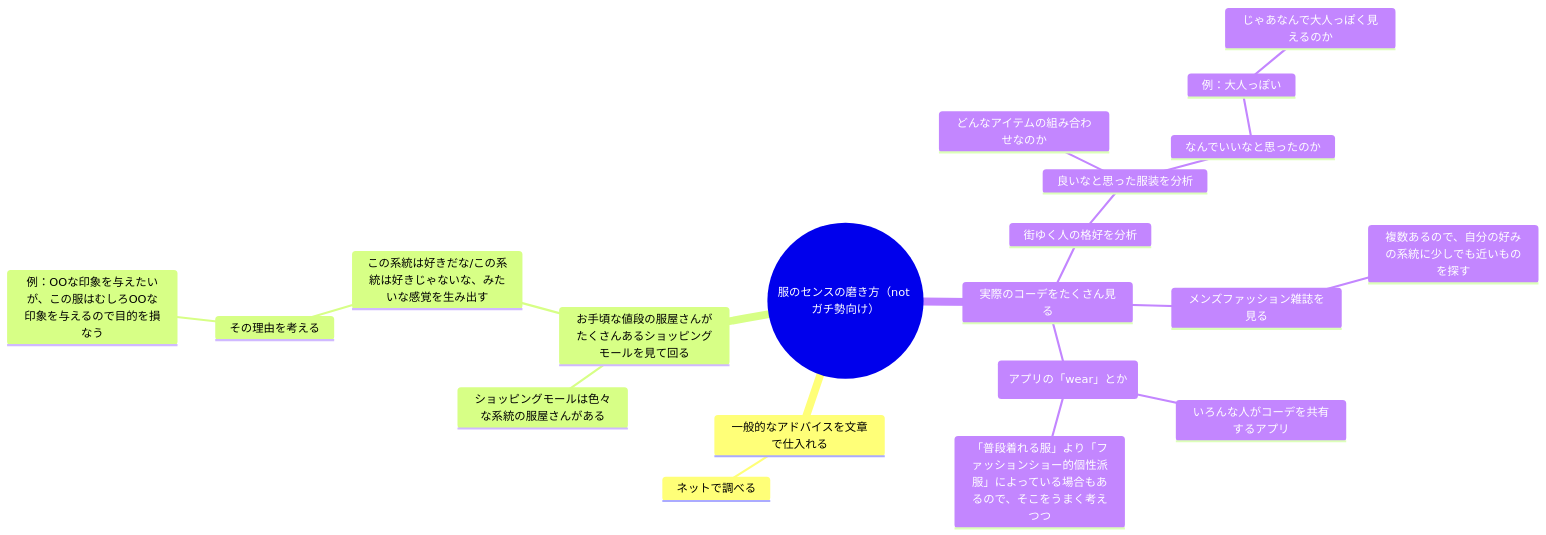
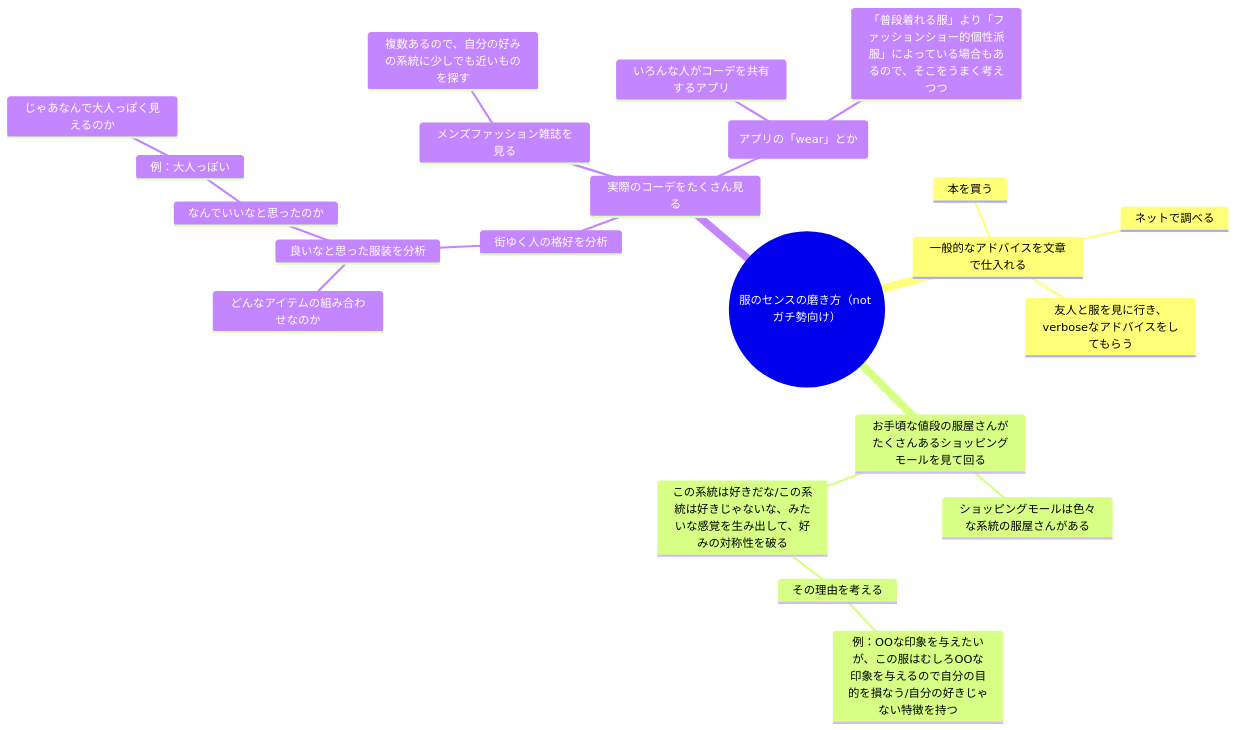
The first of 4 diagrams in README.md (yuchiki/mens_fashion_advice), drawn with Mermaid before and after one commit.

Commit message:
意義面を加筆

````diff
--- a/README.md
+++ b/README.md
@@ -11,22 +11,24 @@
 ```mermaid
     mindmap((服のセンスの磨き方（not ガチ勢向け）))
         一般的なアドバイスを文章で仕入れる
             ネットで調べる
+            本を買う
+            友人と服を見に行き、verboseなアドバイスをしてもらう
         お手頃な値段の服屋さんがたくさんあるショッピングモールを見て回る
             ショッピングモールは色々な系統の服屋さんがある
-            この系統は好きだな/この系統は好きじゃないな、みたいな感覚を生み出す
+            この系統は好きだな/この系統は好きじゃないな、みたいな感覚を生み出して、好みの対称性を破る
                 その理由を考える
-                    例：OOな印象を与えたいが、この服はむしろOOな印象を与えるので目的を損なう
+                    例：OOな印象を与えたいが、この服はむしろOOな印象を与えるので自分の目的を損なう/自分の好きじゃない特徴を持つ
         実際のコーデをたくさん見る
             街ゆく人の格好を分析
                 良いなと思った服装を分析
                     どんなアイテムの組み合わせなのか
                     なんでいいなと思ったのか
                         例：大人っぽい
                             じゃあなんで大人っぽく見えるのか
             メンズファッション雑誌を見る
                 複数あるので、自分の好みの系統に少しでも近いものを探す
             (アプリの「wear」とか)
                 いろんな人がコーデを共有するアプリ
                 「普段着れる服」より「ファッションショー的個性派服」によっている場合もあるので、そこをうまく考えつつ
 ```
````
